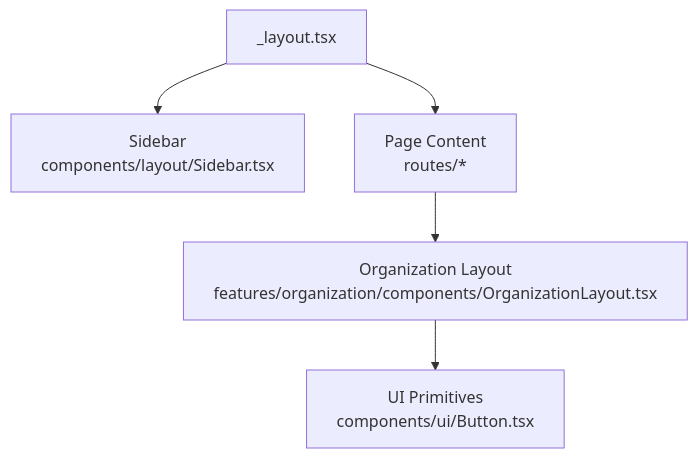
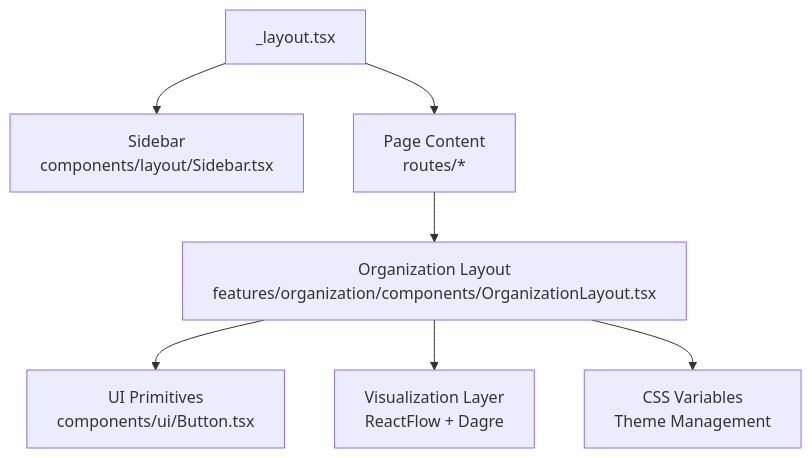
Before and after one commit to franckylab/eLISAschool: the ninth of 10 diagrams in .qoder/repowiki/en/content/System Architecture/Frontend Architecture/Frontend Architecture.md, drawn with Mermaid. The commit also changed other lines of this file and 134 other files, not shown here.

````diff
--- a/.qoder/repowiki/en/content/System Architecture/Frontend Architecture/Frontend Architecture.md
+++ b/.qoder/repowiki/en/content/System Architecture/Frontend Architecture/Frontend Architecture.md
@@ -255,7 +409,9 @@
 ```mermaid
 graph TB
 Layout["_layout.tsx"] --> Sidebar["Sidebar<br/>components/layout/Sidebar.tsx"]
 Layout --> Content["Page Content<br/>routes/*"]
 Content --> OrgLayout["Organization Layout<br/>features/organization/components/OrganizationLayout.tsx"]
 OrgLayout --> Buttons["UI Primitives<br/>components/ui/Button.tsx"]
+OrgLayout --> VizLayer["Visualization Layer<br/>ReactFlow + Dagre"]
+OrgLayout --> ThemeSystem["CSS Variables<br/>Theme Management"]
 ```
````
